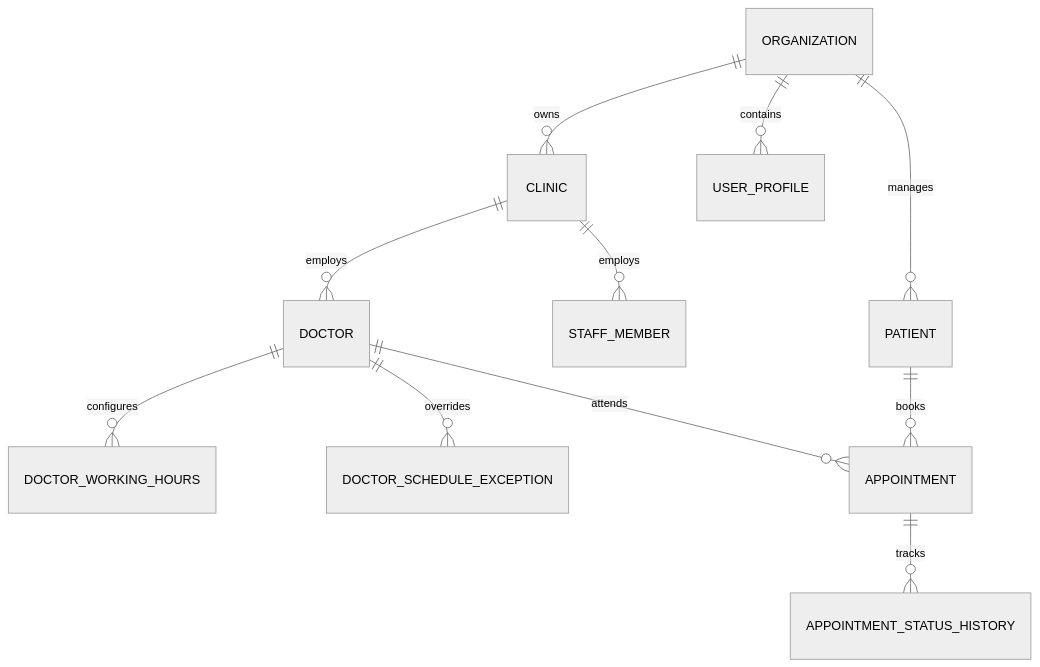
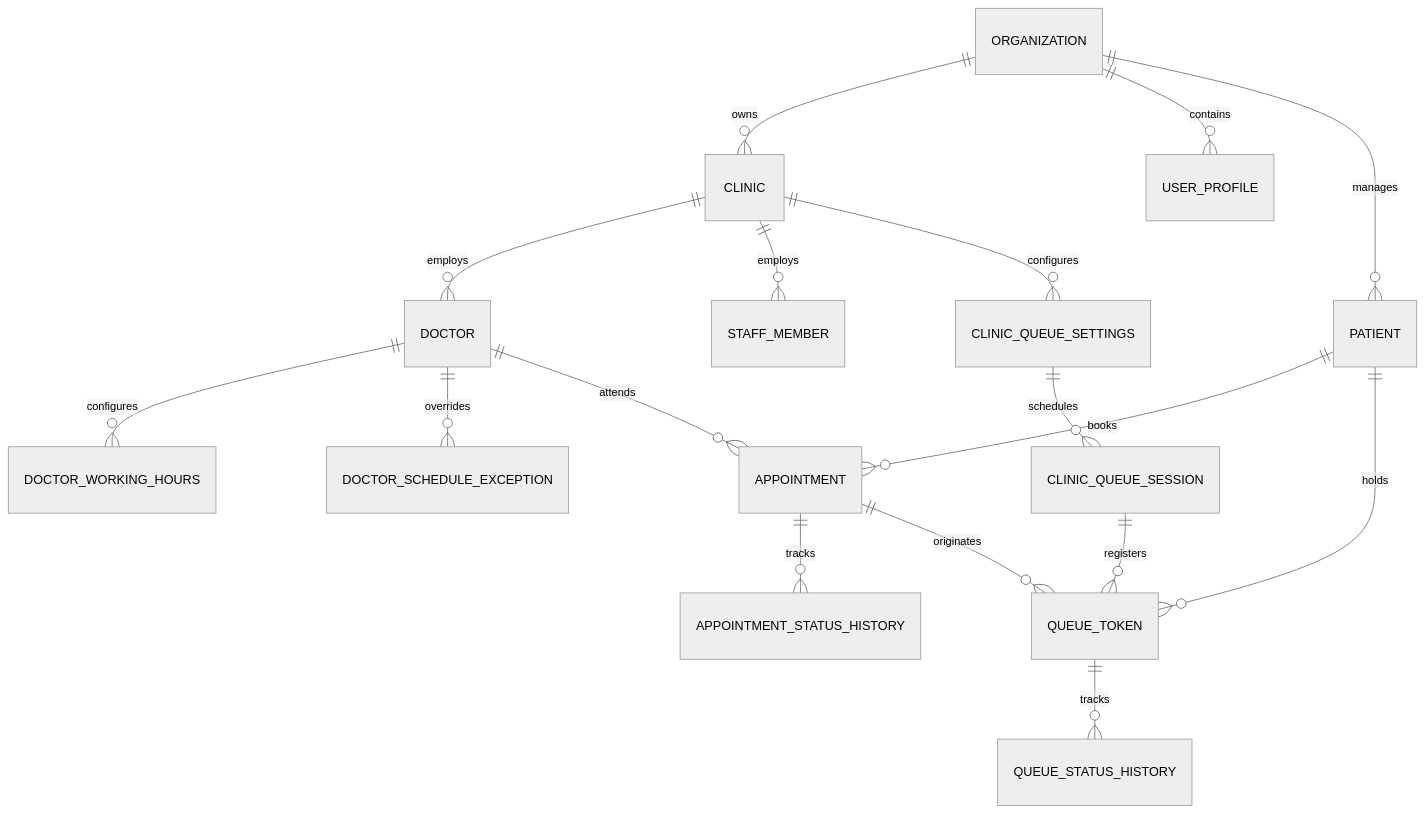
The diagram in docs/database/DATABASE.md (MTLab1122/ShifaDesk), drawn with Mermaid (neutral theme) before and after one commit. The commit also changed other lines of this file and 34 other files, not shown here.

Commit message:
feat: implement Phase 5 digital token and real-time queue management

````diff
--- a/docs/database/DATABASE.md
+++ b/docs/database/DATABASE.md
@@ -10,13 +10,19 @@
 ```mermaid
 erDiagram
     ORGANIZATION ||--o{ CLINIC : owns
     ORGANIZATION ||--o{ USER_PROFILE : contains
     ORGANIZATION ||--o{ PATIENT : manages
     CLINIC ||--o{ DOCTOR : employs
     CLINIC ||--o{ STAFF_MEMBER : employs
+    CLINIC ||--o{ CLINIC_QUEUE_SETTINGS : configures
     DOCTOR ||--o{ DOCTOR_WORKING_HOURS : configures
     DOCTOR ||--o{ DOCTOR_SCHEDULE_EXCEPTION : overrides
     DOCTOR ||--o{ APPOINTMENT : attends
     PATIENT ||--o{ APPOINTMENT : books
+    PATIENT ||--o{ QUEUE_TOKEN : holds
     APPOINTMENT ||--o{ APPOINTMENT_STATUS_HISTORY : tracks
+    APPOINTMENT ||--o{ QUEUE_TOKEN : originates
+    CLINIC_QUEUE_SETTINGS ||--o{ CLINIC_QUEUE_SESSION : schedules
+    CLINIC_QUEUE_SESSION ||--o{ QUEUE_TOKEN : registers
+    QUEUE_TOKEN ||--o{ QUEUE_STATUS_HISTORY : tracks
 ```
````
